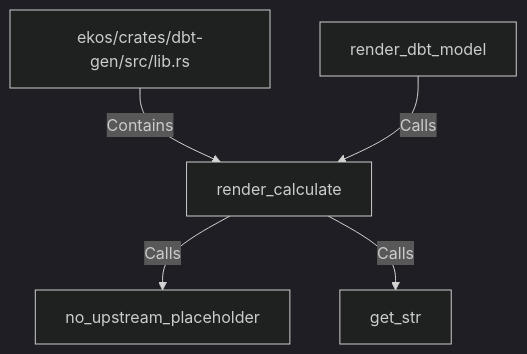
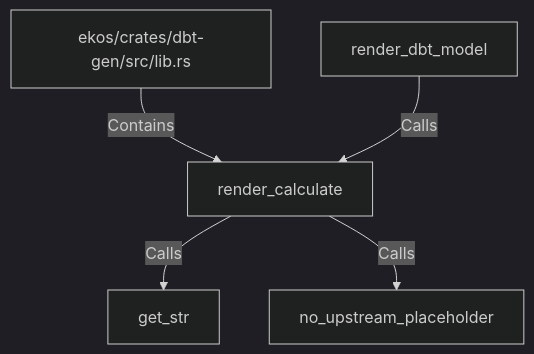
Before and after one commit to alexeyban/EKOS: the diagram in doc/entities/rustsymbol/re/render-calculate.md, drawn with Mermaid (dark theme). The commit also changed other lines of this file and 552 other files, not shown here.

````diff
--- a/doc/entities/rustsymbol/re/render-calculate.md
+++ b/doc/entities/rustsymbol/re/render-calculate.md
@@ -23,12 +23,12 @@
 ```mermaid
 graph TD
     nb7519843e48d57b7ac816fdf21a72cdd["render_calculate"]
     n20d45ed0c411592d80346486682f898c["ekos/crates/dbt-gen/src/lib.rs"]
     n20d45ed0c411592d80346486682f898c -->|Contains| nb7519843e48d57b7ac816fdf21a72cdd
     n95ef686237ab54fa99de4e67f2dffd69["render_dbt_model"]
     n95ef686237ab54fa99de4e67f2dffd69 -->|Calls| nb7519843e48d57b7ac816fdf21a72cdd
+    n92ef0b6b150b5f26bfbd07900bf340c8["get_str"]
+    nb7519843e48d57b7ac816fdf21a72cdd -->|Calls| n92ef0b6b150b5f26bfbd07900bf340c8
     n0a8b417e5dc951999efe5d7b8d2b02b5["no_upstream_placeholder"]
     nb7519843e48d57b7ac816fdf21a72cdd -->|Calls| n0a8b417e5dc951999efe5d7b8d2b02b5
-    n92ef0b6b150b5f26bfbd07900bf340c8["get_str"]
-    nb7519843e48d57b7ac816fdf21a72cdd -->|Calls| n92ef0b6b150b5f26bfbd07900bf340c8
 ```
````
